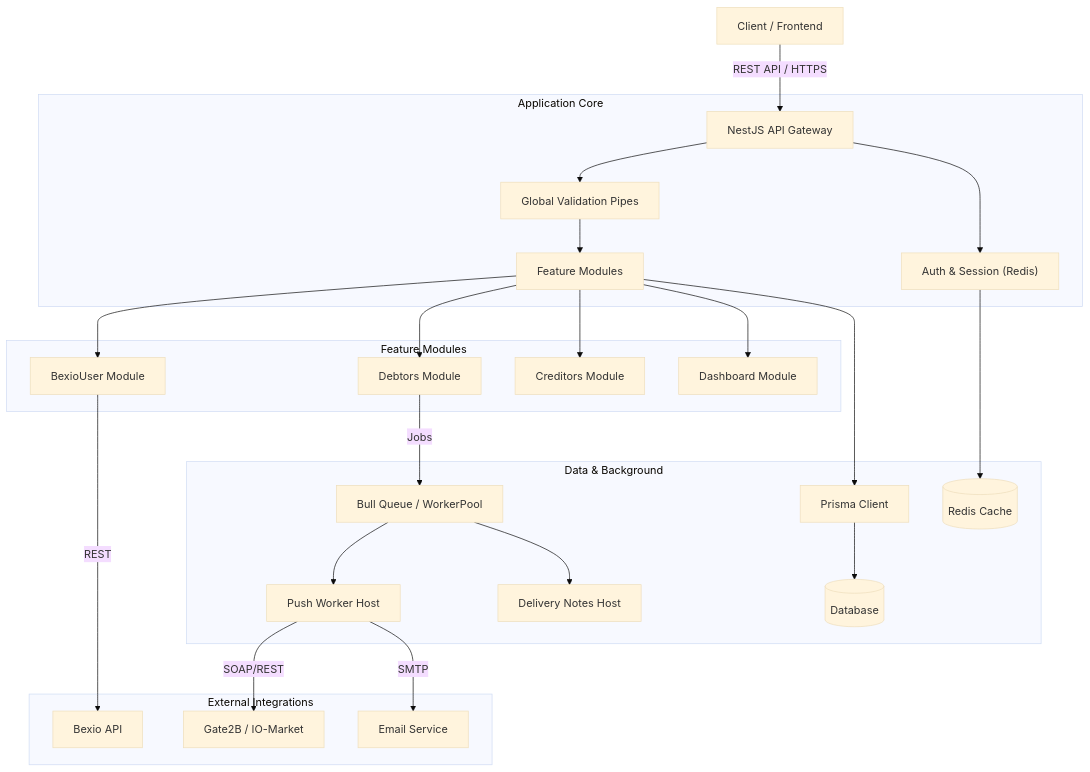
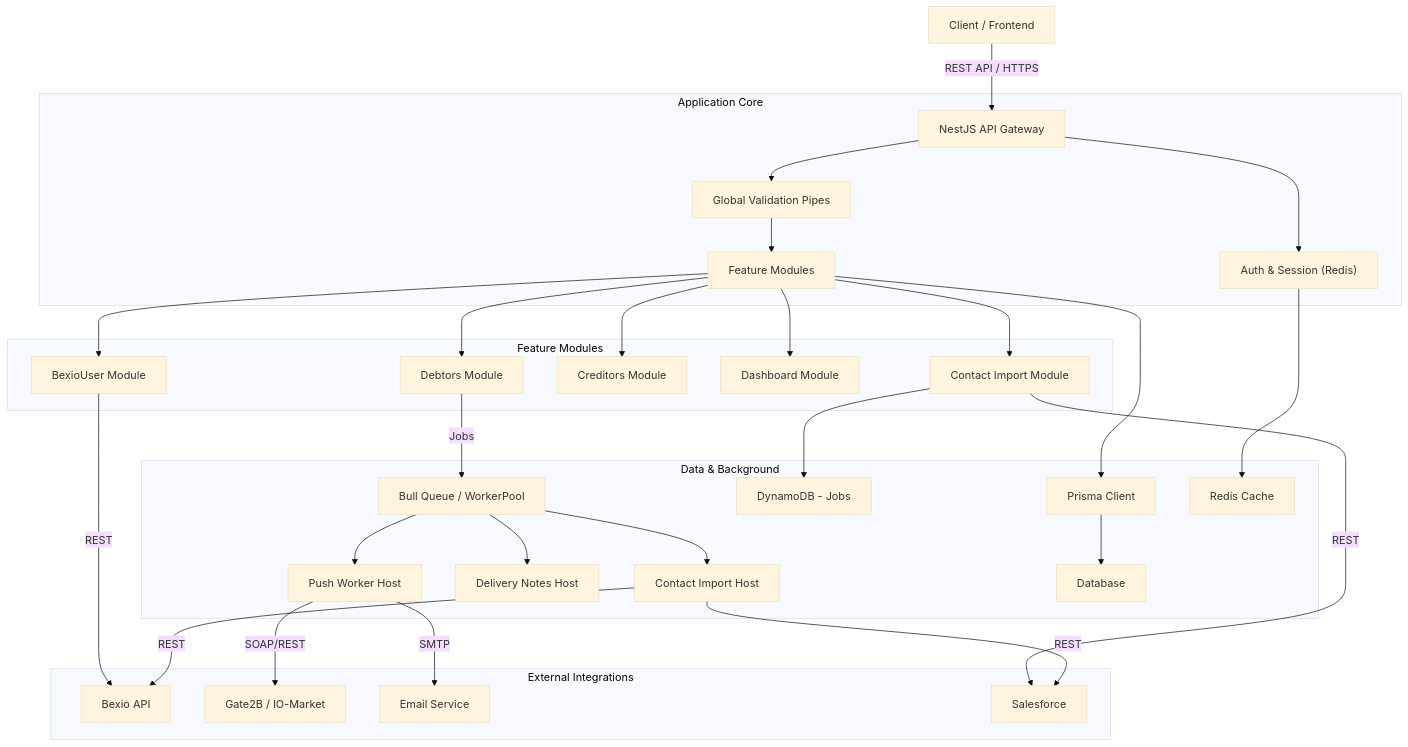
Before and after one commit to sreerajmp/bexio-backend: the diagram in docs/architecture.md, drawn with Mermaid (base theme). The commit also changed other lines of this file and 1 other file, not shown here.

````diff
--- a/docs/architecture.md
+++ b/docs/architecture.md
@@ -9,32 +9,38 @@
 ```mermaid
-graph TD
-    Client[Client / Frontend] -->|REST API / HTTPS| API_Gateway[NestJS API Gateway]
+flowchart TD
+    Client["Client / Frontend"] -->|REST API / HTTPS| API_Gateway["NestJS API Gateway"]
     
     subgraph "Application Core"
         API_Gateway --> Auth["Auth & Session (Redis)"]
-        API_Gateway --> Pipes[Global Validation Pipes]
-        Pipes --> Modules[Feature Modules]
+        API_Gateway --> Pipes["Global Validation Pipes"]
+        Pipes --> Modules["Feature Modules"]
     end
 
     subgraph "Feature Modules"
-        Modules --> UserMod[BexioUser Module]
-        Modules --> DebtorsMod[Debtors Module]
-        Modules --> CreditorsMod[Creditors Module]
-        Modules --> DashboardMod[Dashboard Module]
+        Modules --> UserMod["BexioUser Module"]
+        Modules --> DebtorsMod["Debtors Module"]
+        Modules --> CreditorsMod["Creditors Module"]
+        Modules --> DashboardMod["Dashboard Module"]
+        Modules --> ContactMod["Contact Import Module"]
     end
 
     subgraph "Data & Background"
-        DebtorsMod -->|Jobs| Queue[Bull Queue / WorkerPool]
-        Queue --> PushWorker[Push Worker Host]
-        Queue --> DeliveryWorker[Delivery Notes Host]
-        Modules --> Prisma[Prisma Client]
-        Prisma --> DB[(Database)]
-        Auth --> Redis[(Redis Cache)]
+        DebtorsMod -->|Jobs| Queue["Bull Queue / WorkerPool"]
+        Queue --> PushWorker["Push Worker Host"]
+        Queue --> DeliveryWorker["Delivery Notes Host"]
+        Queue --> ContactWorker["Contact Import Host"]
+        ContactMod --> DynamoDB["DynamoDB - Jobs"]
+        Modules --> Prisma["Prisma Client"]
+        Prisma --> DB["Database"]
+        Auth --> Redis["Redis Cache"]
     end
 
     subgraph "External Integrations"
-        UserMod -->|REST| BexioAPI[Bexio API]
-        PushWorker -->|SOAP/REST| Gate2B[Gate2B / IO-Market]
-        PushWorker -->|SMTP| Email[Email Service]
+        UserMod -->|REST| BexioAPI["Bexio API"]
+        PushWorker -->|SOAP/REST| Gate2B["Gate2B / IO-Market"]
+        PushWorker -->|SMTP| Email["Email Service"]
+        ContactMod -->|REST| Salesforce["Salesforce"]
+        ContactWorker -->|REST| Salesforce
+        ContactWorker -->|REST| BexioAPI
     end
 ```
````
